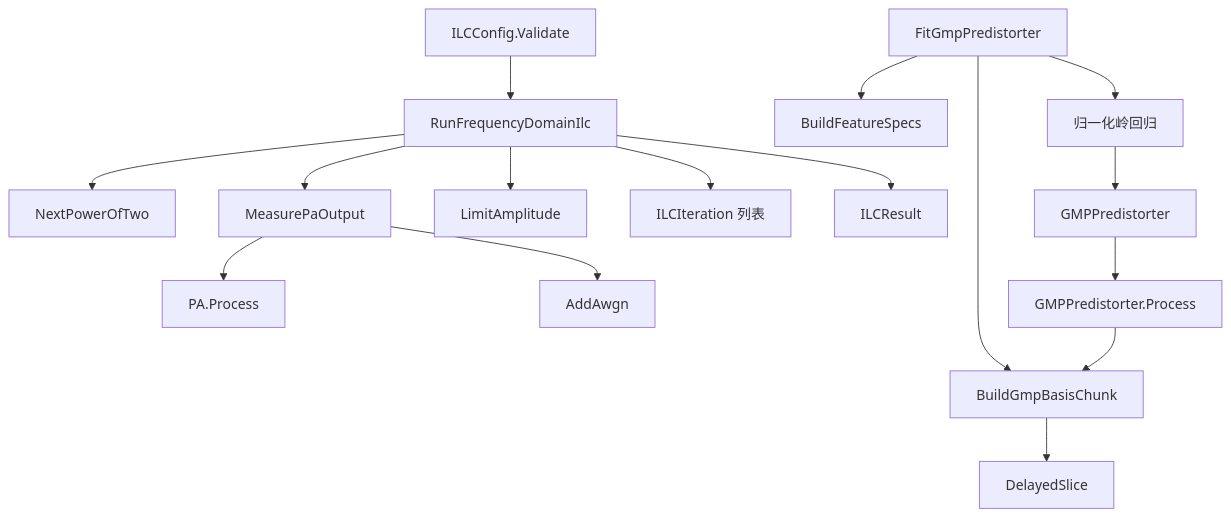
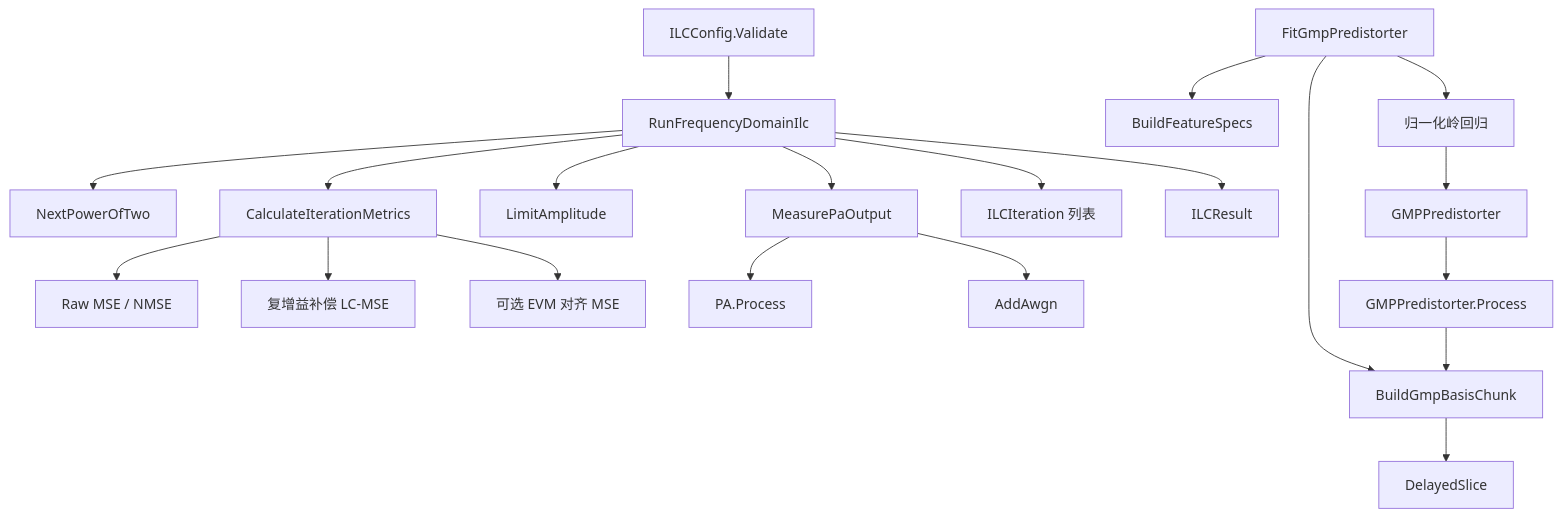
One commit to niyilu45/DPD_ILC changed the fifth of 12 diagrams in README.md. Above: the diagram before and after it, drawn with Mermaid. The commit also changed other lines of this file and 18 other files, not shown here.

````diff
--- a/README.md
+++ b/README.md
@@ -183,19 +234,23 @@
 ```mermaid
 flowchart TD
     config["ILCConfig.Validate"] --> runFrequency["RunFrequencyDomainIlc"]
     runFrequency --> nextFft["NextPowerOfTwo"]
     runFrequency --> measure["MeasurePaOutput"]
     runFrequency --> limit["LimitAmplitude"]
+    runFrequency --> iterationMetrics["CalculateIterationMetrics"]
+    iterationMetrics --> rawMse["Raw MSE / NMSE"]
+    iterationMetrics --> lcMse["复增益补偿 LC-MSE"]
+    iterationMetrics --> evmMse["可选 EVM 对齐 MSE"]
     measure --> paProcess["PA.Process"]
     measure --> addNoise["AddAwgn"]
     runFrequency --> iteration["ILCIteration 列表"]
     runFrequency --> result["ILCResult"]
 
     fitGmp["FitGmpPredistorter"] --> specs["BuildFeatureSpecs"]
     fitGmp --> basis["BuildGmpBasisChunk"]
     basis --> delayed["DelayedSlice"]
     fitGmp --> ridge["归一化岭回归"]
     ridge --> predistorter["GMPPredistorter"]
     predistorter --> process["GMPPredistorter.Process"]
     process --> basis
 ```
````
